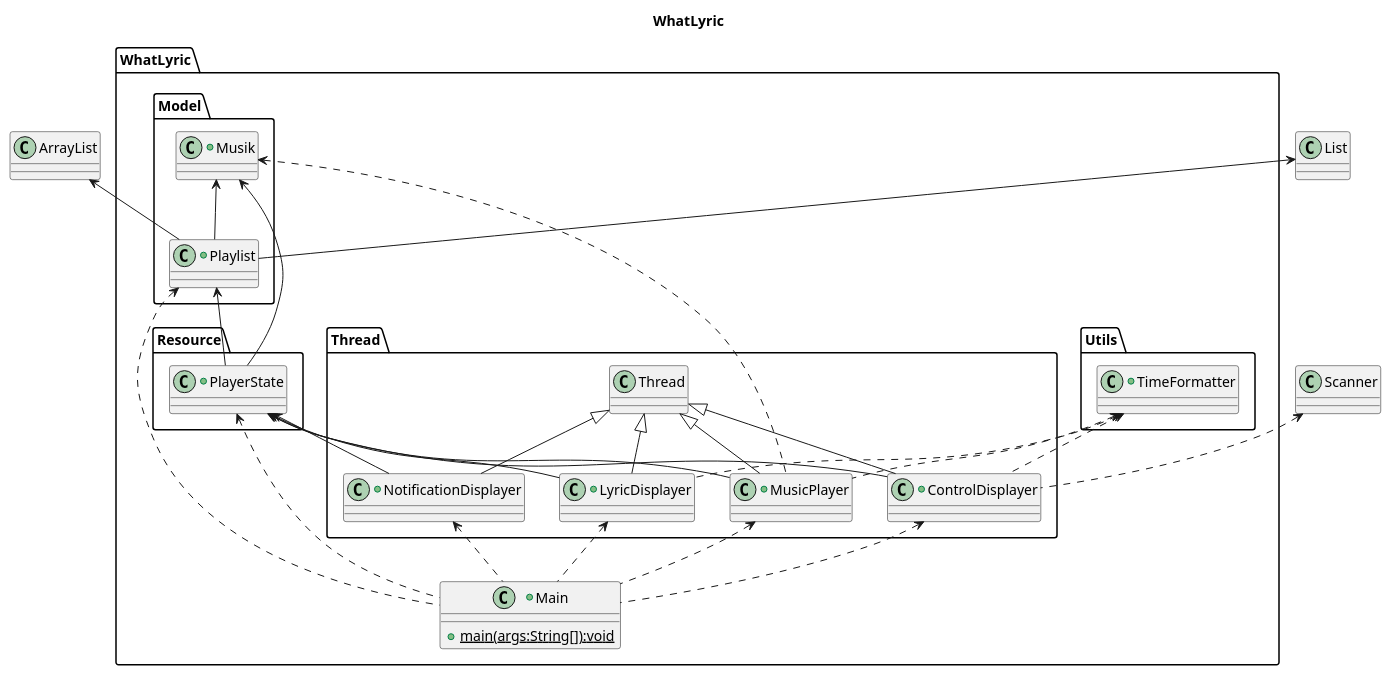
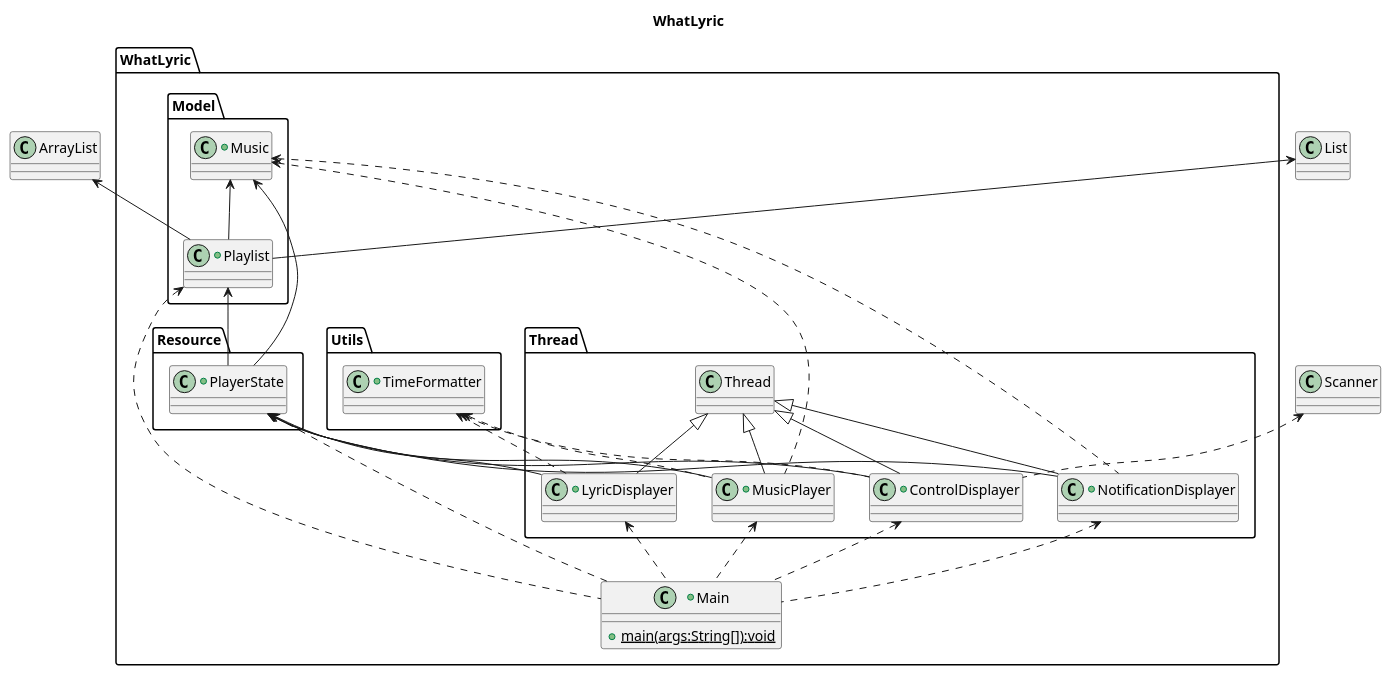
The diagram in main idea.puml (Radingka-UB/WhatLyric), drawn with PlantUML before and after one commit. The commit also changed 5 other files, not shown here.

Commit message:
Refactor PlayerState and ControlDisplayer classes to enhance state management and improve command handling

```diff
--- a/main idea.puml
+++ b/main idea.puml
@@ -1,72 +1,73 @@
 @startuml 
 title WhatLyric
 package WhatLyric{
   +class WhatLyric.Main{
     +{static}main(args:String[]):void
   }
   package Model{
-    +class Musik{
+    +class Music{
 
     }
     +class Playlist{
 
     }
   }
   package Resource{
     +class PlayerState{
 
     }
   }
   package Thread{
     +class MusicPlayer extends Thread{
 
     }
     +class LyricDisplayer extends Thread{
 
     }
     +class NotificationDisplayer extends Thread{
 
     }
     +class ControlDisplayer extends Thread{
 
     }
 
   }
   package Utils{
     +class TimeFormatter{
 
     }
 
   }
 }
-Musik <-- Playlist
+Music <-- Playlist
 ArrayList <-- Playlist
 List <-- Playlist
 PlayerState <-- MusicPlayer
 PlayerState <-- LyricDisplayer
 PlayerState <-- NotificationDisplayer
 PlayerState <-- ControlDisplayer
-Musik <-- PlayerState
+Music <.. NotificationDisplayer
+Music <-- PlayerState
 Playlist <-- PlayerState
 TimeFormatter <.. MusicPlayer
-Musik <.. MusicPlayer
+Music <.. MusicPlayer
 TimeFormatter <.. LyricDisplayer
 Scanner <.. ControlDisplayer
 TimeFormatter <.. ControlDisplayer
 Playlist <.. Main
 PlayerState <.. Main
 MusicPlayer <.. Main
 LyricDisplayer <.. Main
 NotificationDisplayer <.. Main
 ControlDisplayer <.. Main
 /'
 -ini program pemutar musik multithreading
 -tujuan program adalah implementasi thread maka user bisa input kapanpun walaupun program sedang menjalankan kegiatan lain
 -kontrol untuk memberikan user pilihan pemutar musik berupa pause, next, resume, stop, show playlist, previous, choice music by-n, quit 
 -kontrol muncul sekali saja di awal
 -pilihan stop mengulang timer ke 0 lagi, lirik terdampak
 -next dan previous itu berganti playlist
 -notifikasi akan menampilkan hal yang berhubungan dengan status musik setiap menit meskipun user lagi menghentikan lagu dan program belum dimatikan
 -kontrol tetap thread karena menunggu input user walaupun thread lain jalan
   '/
 @enduml
```
